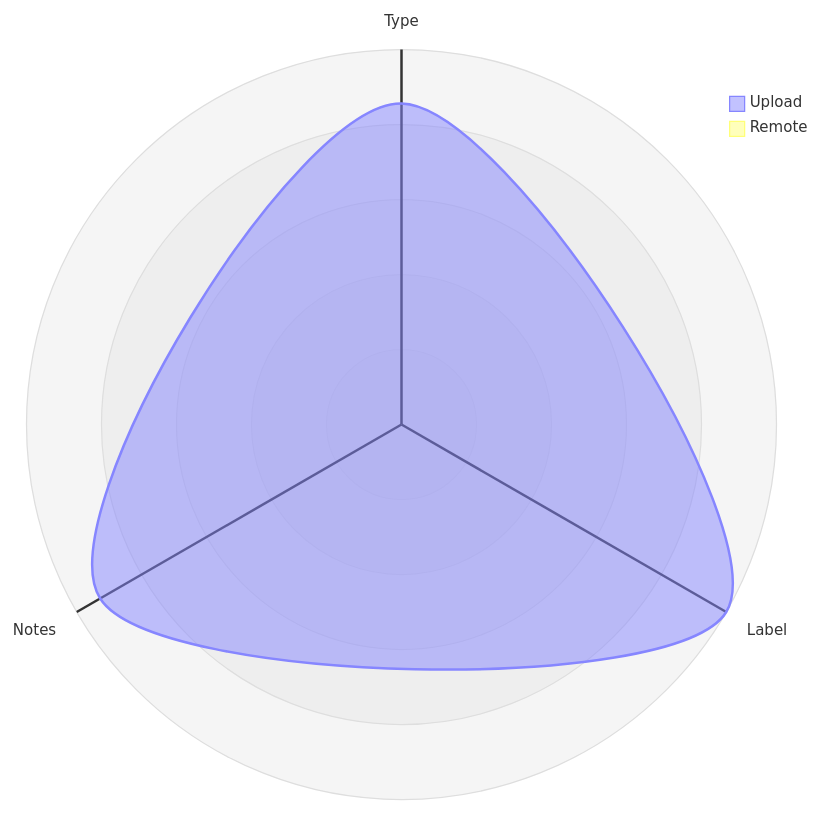
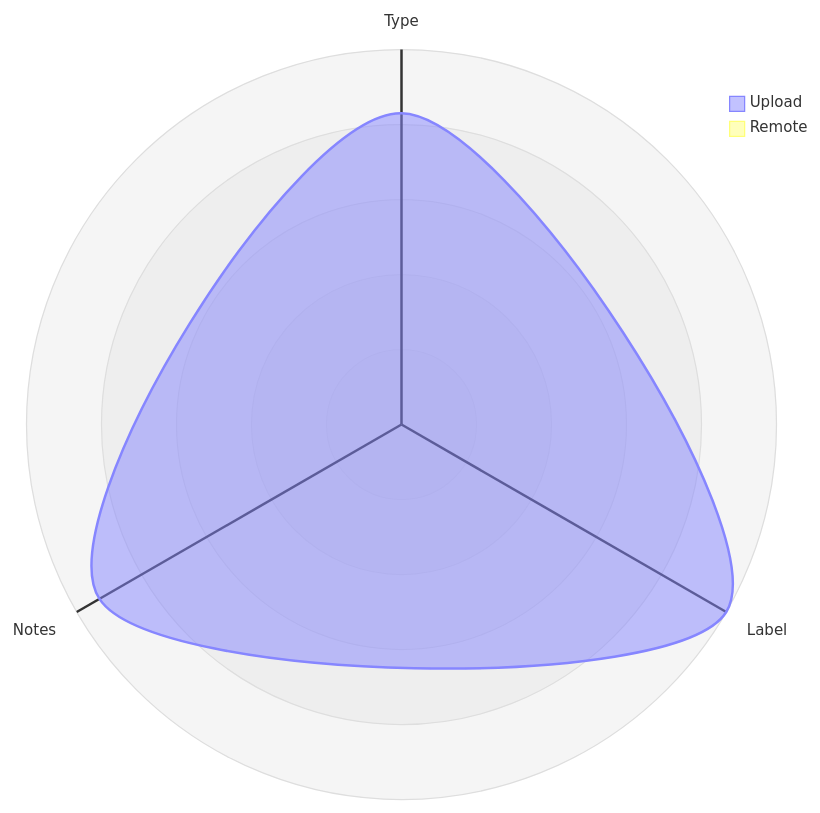
The third of 5 diagrams in datastore_tracker/README.md (open-data/analytics-corporate-reporting), drawn with Mermaid before and after one commit. The commit also changed 4 other files, not shown here.

````diff
--- a/datastore_tracker/README.md
+++ b/datastore_tracker/README.md
@@ -106,12 +106,12 @@
 ```mermaid
 radar-beta
   axis T["Type"], L["Label"], N["Notes"]
-  curve u["Upload"]{0.00083, 0.00097, 0.0009}
+  curve u["Upload"]{0.00083, 0.001, 0.00093}
   curve r["Remote"]{0, 0, 0}
 
   showLegend true
 
   min 0
   graticule circle
   ticks 5
 ```
````
